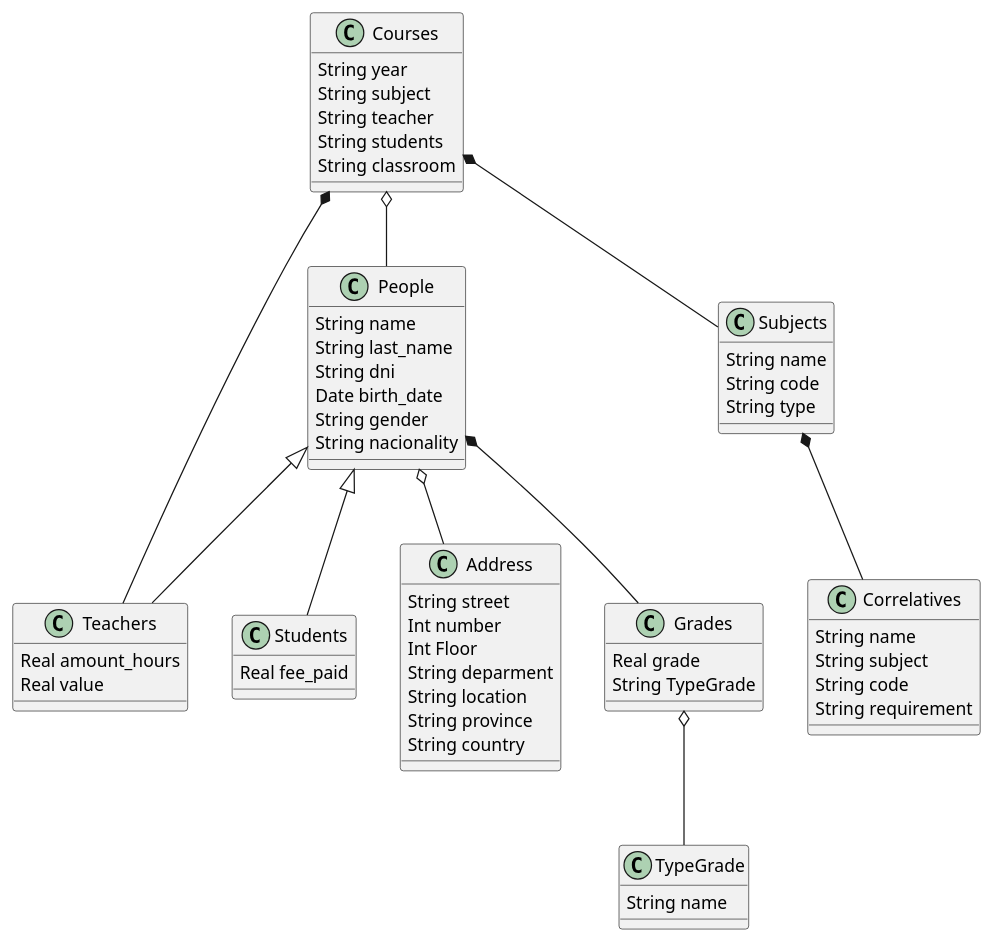
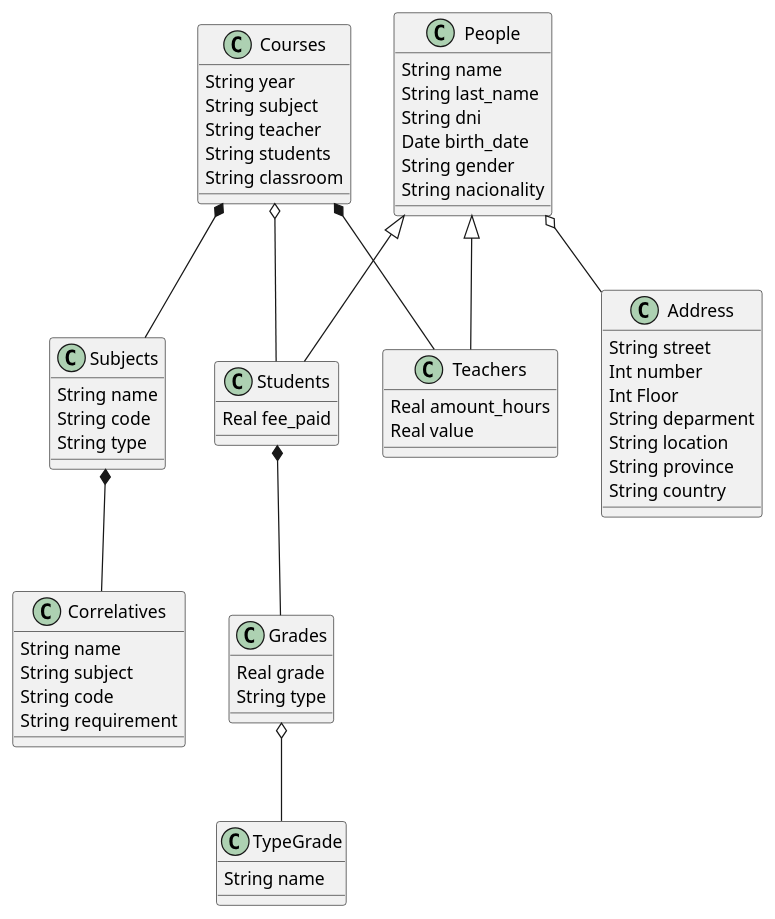
Before and after one commit to jfernancordova/usal: the diagram in paradigms/object_oriented/plantuml/seven.puml, drawn with PlantUML. The commit also changed 4 other files, not shown here.

```diff
--- a/paradigms/object_oriented/plantuml/seven.puml
+++ b/paradigms/object_oriented/plantuml/seven.puml
@@ -1,75 +1,75 @@
 @startuml
 
 class People {
     String name
     String last_name
     String dni
     Date birth_date
     String gender
     String nacionality
 }
 
 class Students {
     Real fee_paid
 }
 
 class Teachers {
     Real amount_hours
     Real value
 }
 
 class Address {
     String street
     Int number
     Int Floor 
     String deparment 
     String location 
     String province 
     String country
 }
 
 class Subjects {
     String name
     String code 
     String type
 }
 
 class Correlatives {
     String name 
     String subject
     String code 
     String requirement
 }
 
 class Courses {
     String year
     String subject
     String teacher
     String students 
     String classroom
 }
 
 class Grades {
     Real grade 
-    String TypeGrade
+    String type
 }
 
 class TypeGrade {
     String name
 }
 
 People <|-- Students
 People <|-- Teachers
 People o-- Address
 
 Subjects *-- Correlatives
 
 Courses *-- Subjects
-Courses o-- People
+Courses o-- Students
 Courses *-- Teachers
 
-People *-- Grades
+Students *-- Grades
 
 Grades o-- TypeGrade
 
 @enduml
```
